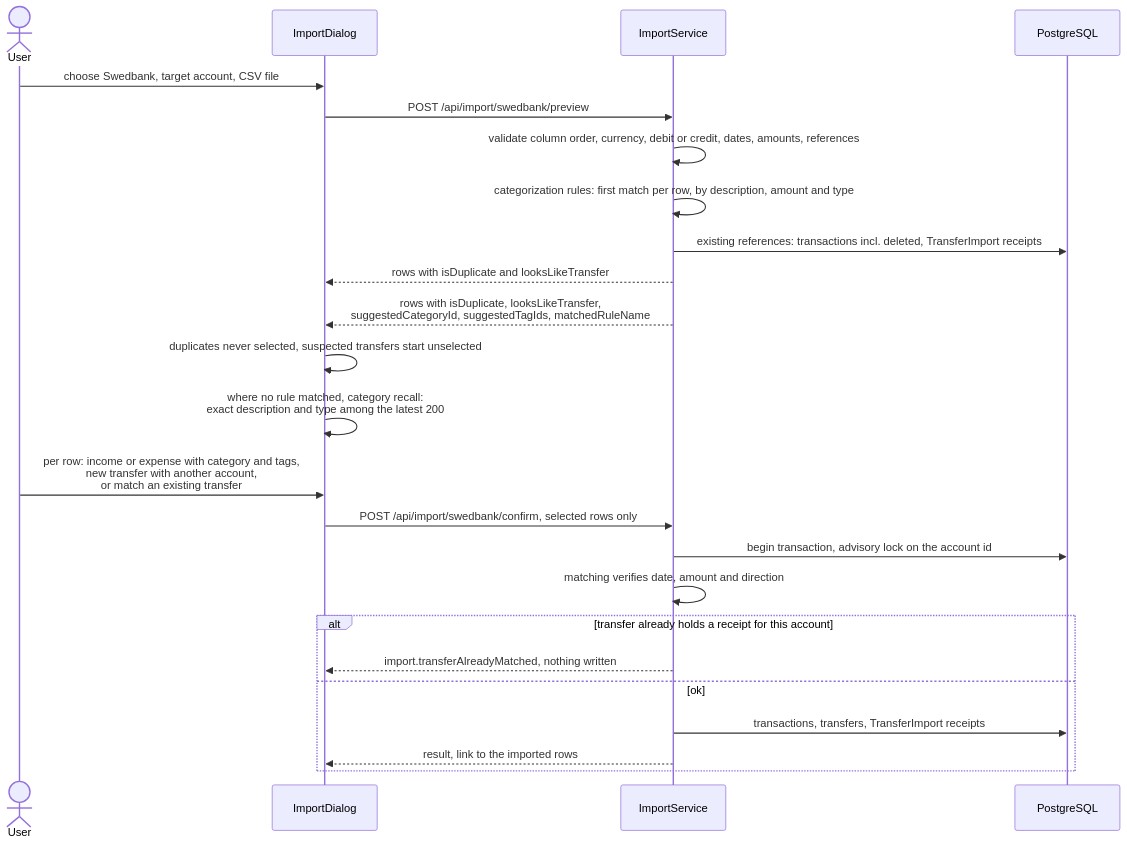
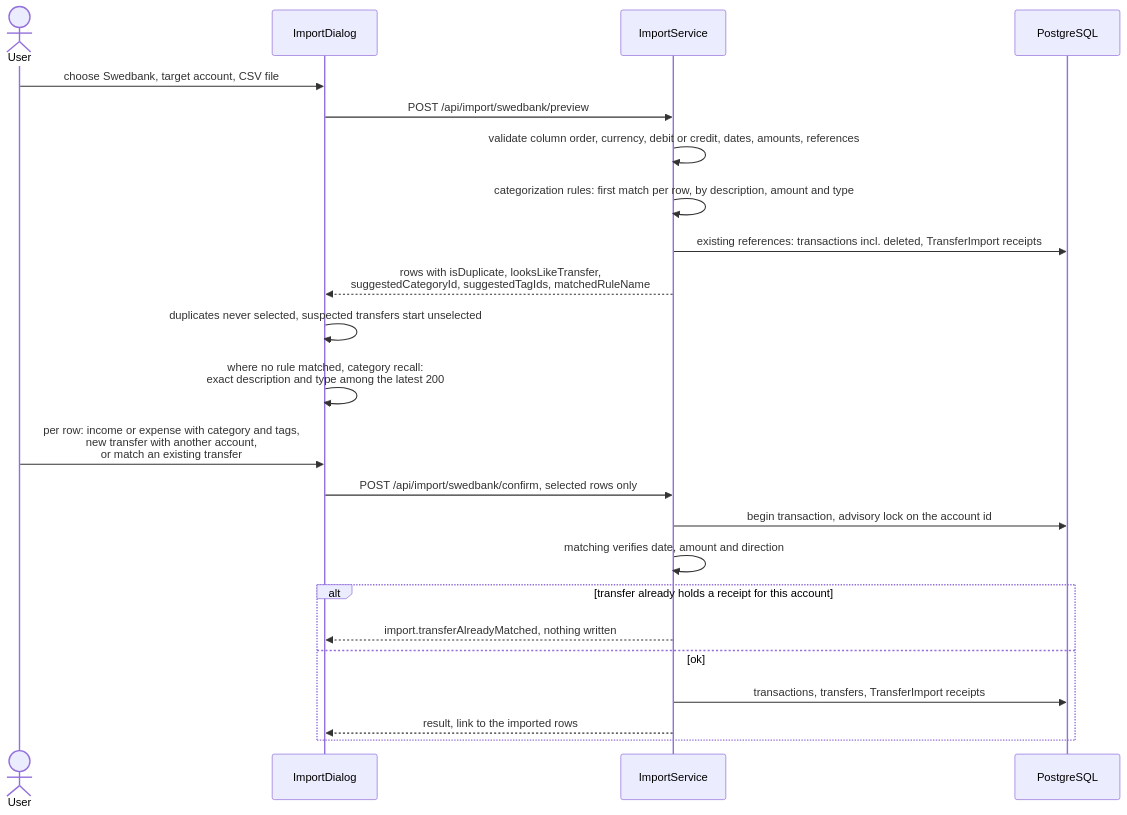
The diagram in docs/features/10. Swedbank CSV import.md (Justxs/Jx-Finance), drawn with Mermaid before and after one commit. The commit also changed 33 other files, not shown here.

````diff
--- a/docs/features/10. Swedbank CSV import.md
+++ b/docs/features/10. Swedbank CSV import.md
@@ -9,26 +9,25 @@
 ```mermaid
 sequenceDiagram
     actor User
     participant Dlg as ImportDialog
     participant Api as ImportService
     participant Db as PostgreSQL
     User->>Dlg: choose Swedbank, target account, CSV file
     Dlg->>Api: POST /api/import/swedbank/preview
     Api->>Api: validate column order, currency, debit or credit, dates, amounts, references
     Api->>Api: categorization rules: first match per row, by description, amount and type
     Api->>Db: existing references: transactions incl. deleted, TransferImport receipts
-    Api-->>Dlg: rows with isDuplicate and looksLikeTransfer
     Api-->>Dlg: rows with isDuplicate, looksLikeTransfer,<br/>suggestedCategoryId, suggestedTagIds, matchedRuleName
     Dlg->>Dlg: duplicates never selected, suspected transfers start unselected
     Dlg->>Dlg: where no rule matched, category recall:<br/>exact description and type among the latest 200
     User->>Dlg: per row: income or expense with category and tags,<br/>new transfer with another account,<br/>or match an existing transfer
     Dlg->>Api: POST /api/import/swedbank/confirm, selected rows only
     Api->>Db: begin transaction, advisory lock on the account id
     Api->>Api: matching verifies date, amount and direction
     alt transfer already holds a receipt for this account
         Api-->>Dlg: import.transferAlreadyMatched, nothing written
     else ok
         Api->>Db: transactions, transfers, TransferImport receipts
         Api-->>Dlg: result, link to the imported rows
     end
 ```
````
